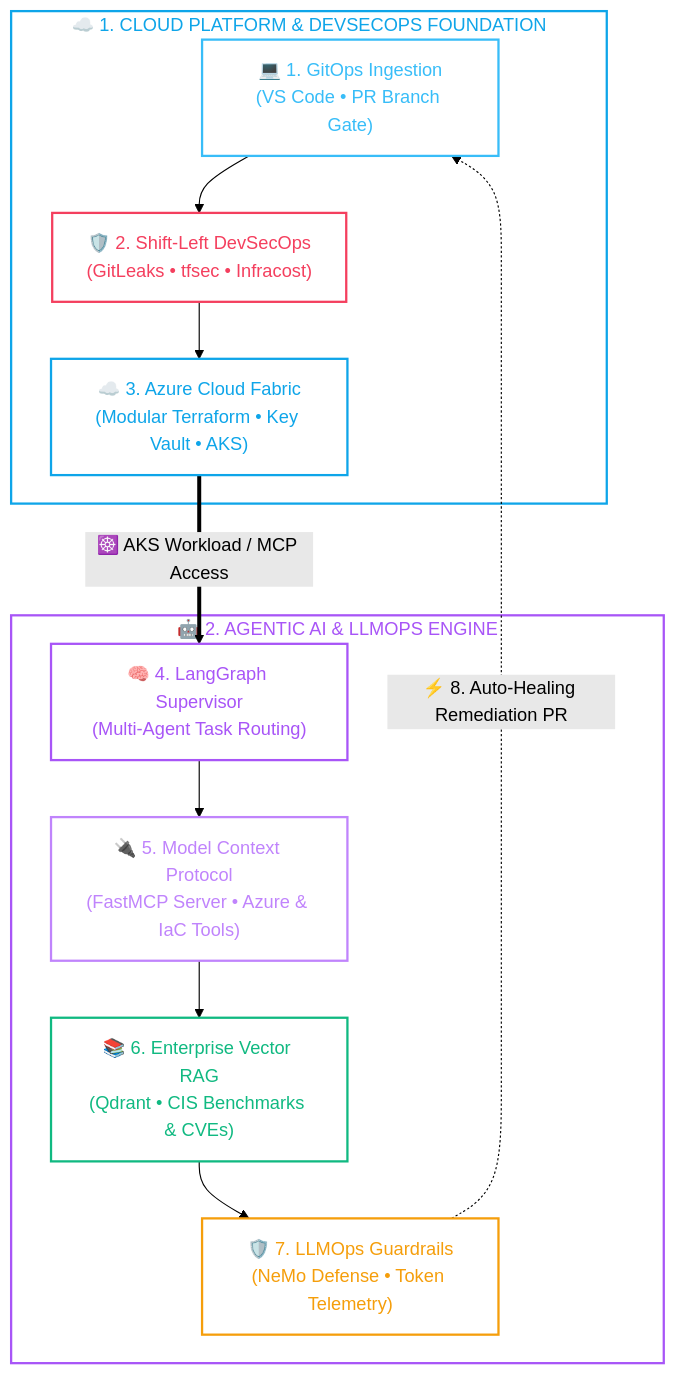
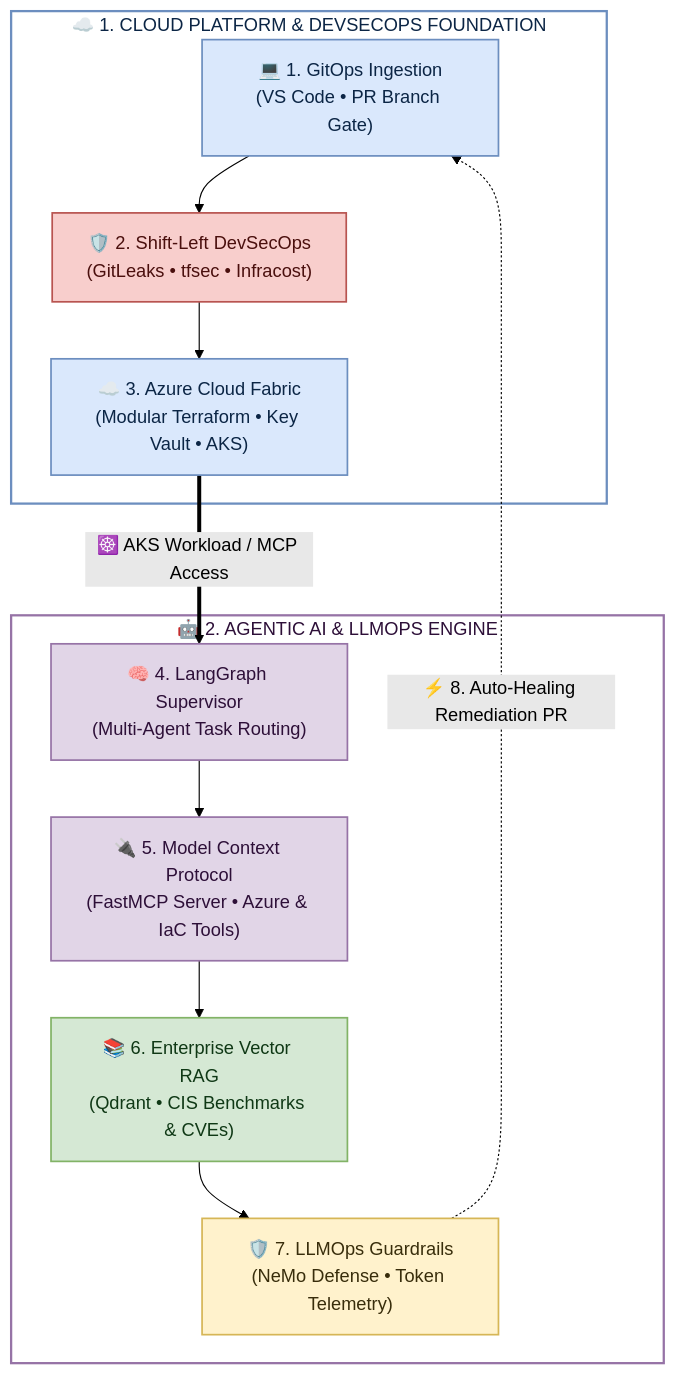
One commit to Narendra232/Narendra232 changed the diagram in README.md. Above: the diagram before and after it, drawn with Mermaid (forest theme). The commit also changed 1 other file, not shown here.

Commit message:
feat(palette): apply official Draw.io 8-color palette to architecture diagram and Mermaid flow

````diff
--- a/README.md
+++ b/README.md
@@ -88,54 +88,54 @@
 ```mermaid
 flowchart TD
     %% ===================================================
     %% 1. CLOUD PLATFORM & DEVSECOPS
     %% ===================================================
     subgraph TRACK_INFRA["☁️ 1. CLOUD PLATFORM & DEVSECOPS FOUNDATION"]
-        style TRACK_INFRA fill:none,stroke:#0ea5e9,stroke-width:2px,color:#0ea5e9
+        style TRACK_INFRA fill:none,stroke:#6c8ebf,stroke-width:2px,color:#0b2545
         
         DEV["💻 1. GitOps Ingestion<br/>(VS Code • PR Branch Gate)"]
         SEC["🛡️ 2. Shift-Left DevSecOps<br/>(GitLeaks • tfsec • Infracost)"]
         CLOUD["☁️ 3. Azure Cloud Fabric<br/>(Modular Terraform • Key Vault • AKS)"]
         
         DEV --> SEC --> CLOUD
     end
 
     %% ===================================================
     %% 2. AGENTIC AI & LLMOPS ENGINE
     %% ===================================================
     subgraph TRACK_AI["🤖 2. AGENTIC AI & LLMOPS ENGINE"]
-        style TRACK_AI fill:none,stroke:#a855f7,stroke-width:2px,color:#a855f7
+        style TRACK_AI fill:none,stroke:#9673a6,stroke-width:2px,color:#2d0f38
         
         AGENT["🧠 4. LangGraph Supervisor<br/>(Multi-Agent Task Routing)"]
         MCP["🔌 5. Model Context Protocol<br/>(FastMCP Server • Azure & IaC Tools)"]
         RAG["📚 6. Enterprise Vector RAG<br/>(Qdrant • CIS Benchmarks & CVEs)"]
         GUARD["🛡️ 7. LLMOps Guardrails<br/>(NeMo Defense • Token Telemetry)"]
         
         AGENT --> MCP --> RAG --> GUARD
     end
 
     %% ===================================================
     %% VERTICAL TRANSITION & AUTO-RECONCILIATION
     %% ===================================================
     CLOUD ==>|☸️ AKS Workload / MCP Access| AGENT
     GUARD -.->|⚡ 8. Auto-Healing Remediation PR| DEV
 
     %% ===================================================
-    %% COLOR SCHEME
+    %% DRAW.IO OFFICIAL COLOR PALETTE
     %% ===================================================
-    classDef devNode fill:none,stroke:#38bdf8,stroke-width:2px,color:#38bdf8;
-    classDef secNode fill:none,stroke:#f43f5e,stroke-width:2px,color:#f43f5e;
-    classDef cloudNode fill:none,stroke:#0ea5e9,stroke-width:2px,color:#0ea5e9;
-    classDef agentNode fill:none,stroke:#a855f7,stroke-width:2px,color:#a855f7;
-    classDef mcpNode fill:none,stroke:#c084fc,stroke-width:2px,color:#c084fc;
-    classDef ragNode fill:none,stroke:#10b981,stroke-width:2px,color:#10b981;
-    classDef guardNode fill:none,stroke:#f59e0b,stroke-width:2px,color:#f59e0b;
+    classDef devNode fill:#dae8fc,stroke:#6c8ebf,stroke-width:1.5px,color:#0b2545;
+    classDef secNode fill:#f8cecc,stroke:#b85450,stroke-width:1.5px,color:#4a0f0d;
+    classDef cloudNode fill:#dae8fc,stroke:#6c8ebf,stroke-width:1.5px,color:#0b2545;
+    classDef agentNode fill:#e1d5e7,stroke:#9673a6,stroke-width:1.5px,color:#2d0f38;
+    classDef mcpNode fill:#e1d5e7,stroke:#9673a6,stroke-width:1.5px,color:#2d0f38;
+    classDef ragNode fill:#d5e8d4,stroke:#82b366,stroke-width:1.5px,color:#0f3815;
+    classDef guardNode fill:#fff2cc,stroke:#d6b656,stroke-width:1.5px,color:#382d0b;
 
     class DEV devNode;
     class SEC secNode;
     class CLOUD cloudNode;
     class AGENT agentNode;
     class MCP mcpNode;
     class RAG ragNode;
     class GUARD guardNode;
 ```
````
